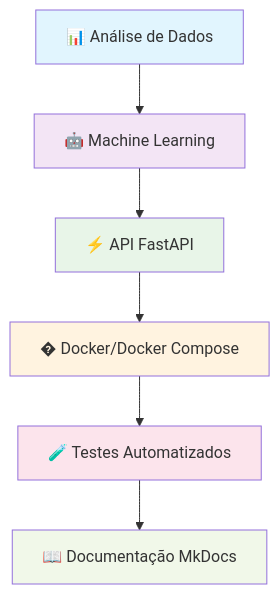
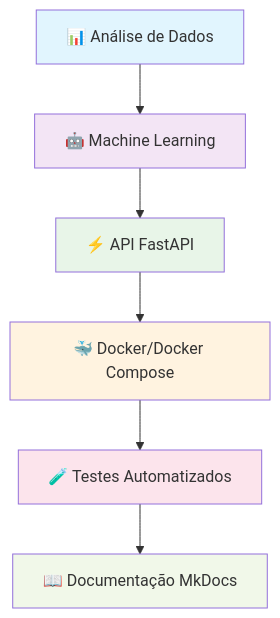
One commit to ulissesbomjardim/machine-learning-engineer changed the first of 8 diagrams in README.md. Above: the diagram before and after it, drawn with Mermaid. The commit also changed other lines of this file, not shown here.

Commit message:
docs: Complete documentation redesign with modern layout and Mermaid diagrams

````diff
--- a/README.md
+++ b/README.md
@@ -26,15 +26,15 @@
 ```mermaid
 graph TB
     A[📊 Análise de Dados] --> B[🤖 Machine Learning]
     B --> C[⚡ API FastAPI]
-    C --> D[� Docker/Docker Compose]
+    C --> D["🐳 Docker/Docker Compose"]
     D --> E[🧪 Testes Automatizados]
     E --> F[📖 Documentação MkDocs]
 
     style A fill:#e1f5fe
     style B fill:#f3e5f5
     style C fill:#e8f5e8
     style D fill:#fff3e0
     style E fill:#fce4ec
     style F fill:#f1f8e9
 ```
````
